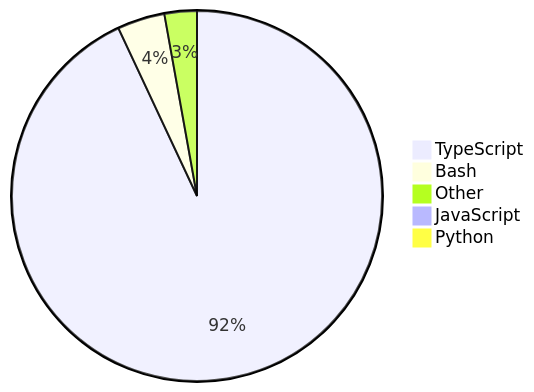
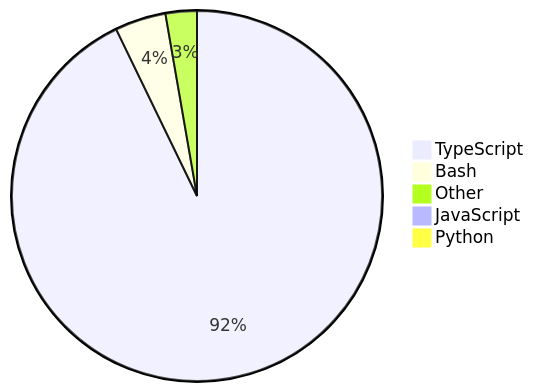
Before and after one commit to skvggor/skvggor: the diagram in README.md, drawn with Mermaid.

Commit message:
Updated waka-readme graph with new metrics

````diff
--- a/README.md
+++ b/README.md
@@ -14,8 +14,8 @@
 ```mermaid
 pie
-    "TypeScript" : 92.1
-    "Bash" : 4.1
-    "Other" : 2.8
-    "JavaScript" : 0.4
+    "TypeScript" : 91.7
+    "Bash" : 4.4
+    "Other" : 2.7
+    "JavaScript" : 0.5
     "Python" : 0.4
 ```
````
